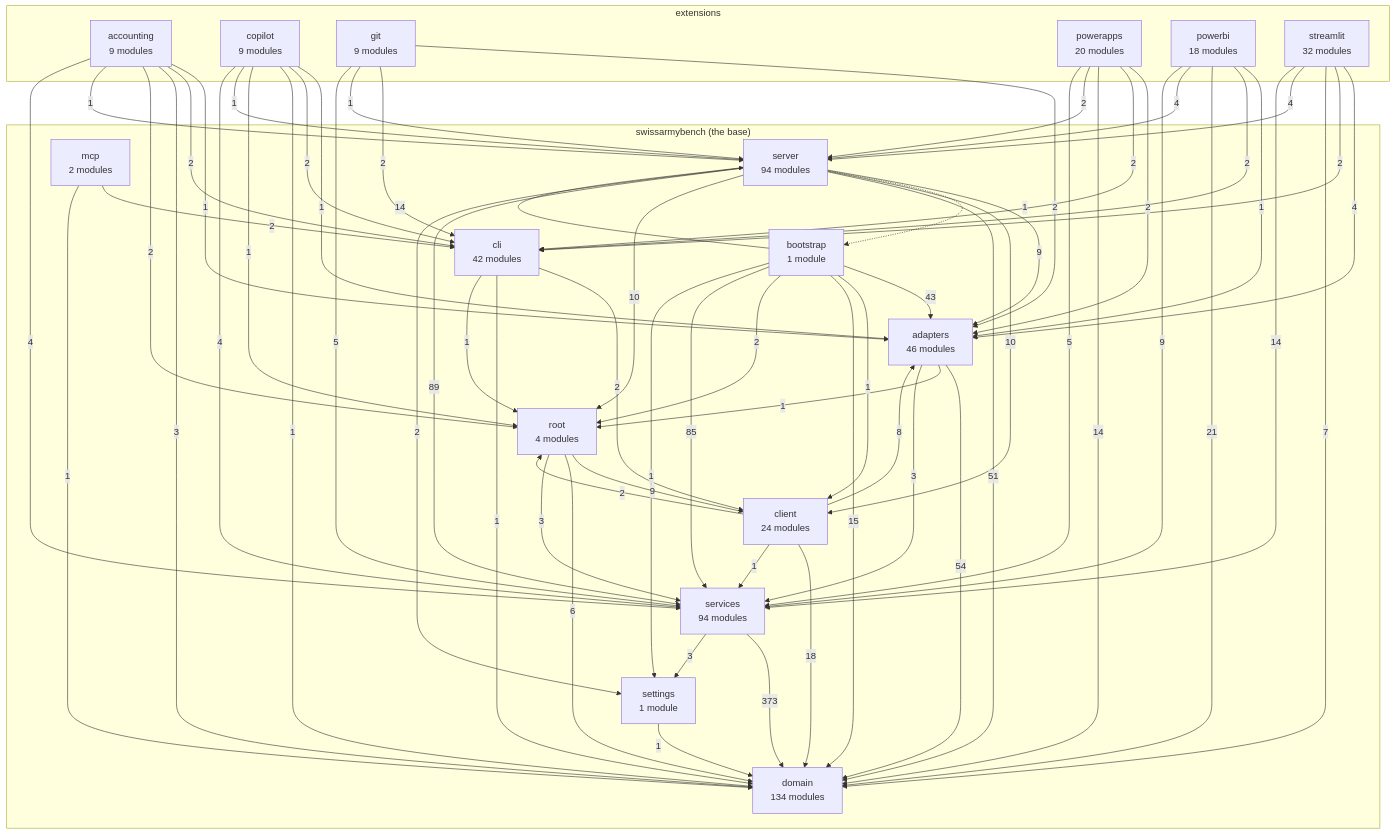
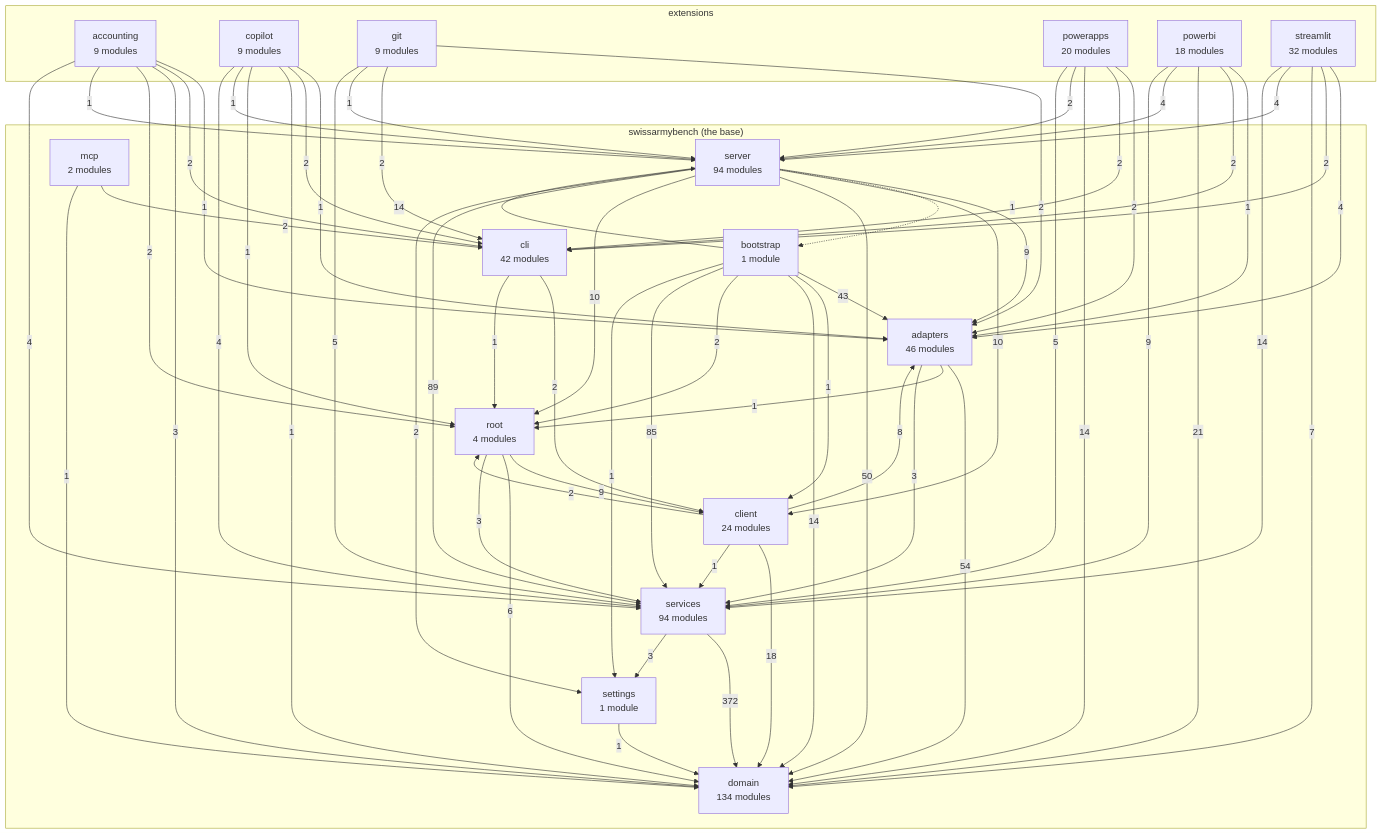
The diagram in docs/architecture-map.md (DylanCodyBrown/SwissArmyBench), drawn with Mermaid before and after one commit. The commit also changed other lines of this file and 99 other files, not shown here.

````diff
--- a/docs/architecture-map.md
+++ b/docs/architecture-map.md
@@ -41,13 +41,12 @@
     adapters -->|3| services
     bootstrap -->|43| adapters
     bootstrap -->|1| client
-    bootstrap -->|15| domain
+    bootstrap -->|14| domain
     bootstrap -->|2| root
     bootstrap -->|14| server
     bootstrap -->|85| services
     bootstrap -->|1| settings
     cli -->|2| client
-    cli -->|1| domain
     cli -->|1| root
     client -->|8| adapters
     client -->|18| domain
@@ -92,11 +91,11 @@
     server -->|9| adapters
     server -.->|1| bootstrap
     server -->|10| client
-    server -->|51| domain
+    server -->|50| domain
     server -->|10| root
     server -->|89| services
     server -->|2| settings
-    services -->|373| domain
+    services -->|372| domain
     services -->|3| settings
     settings -->|1| domain
 ```
````
